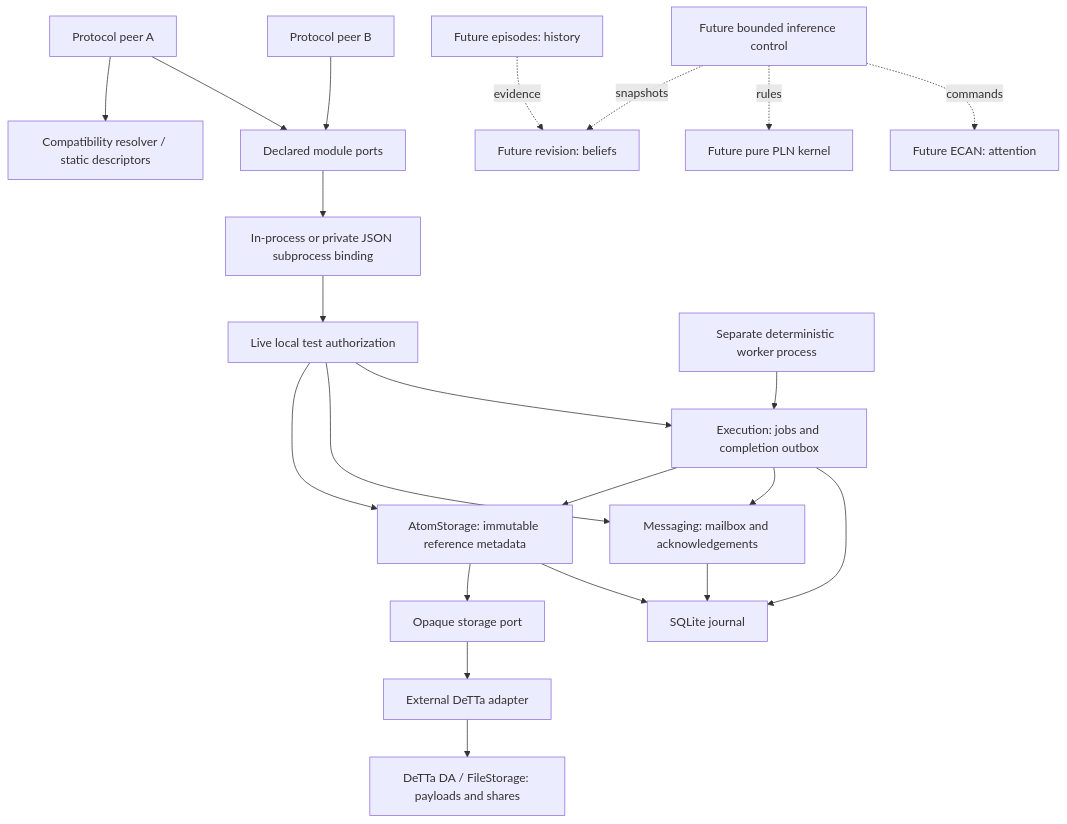
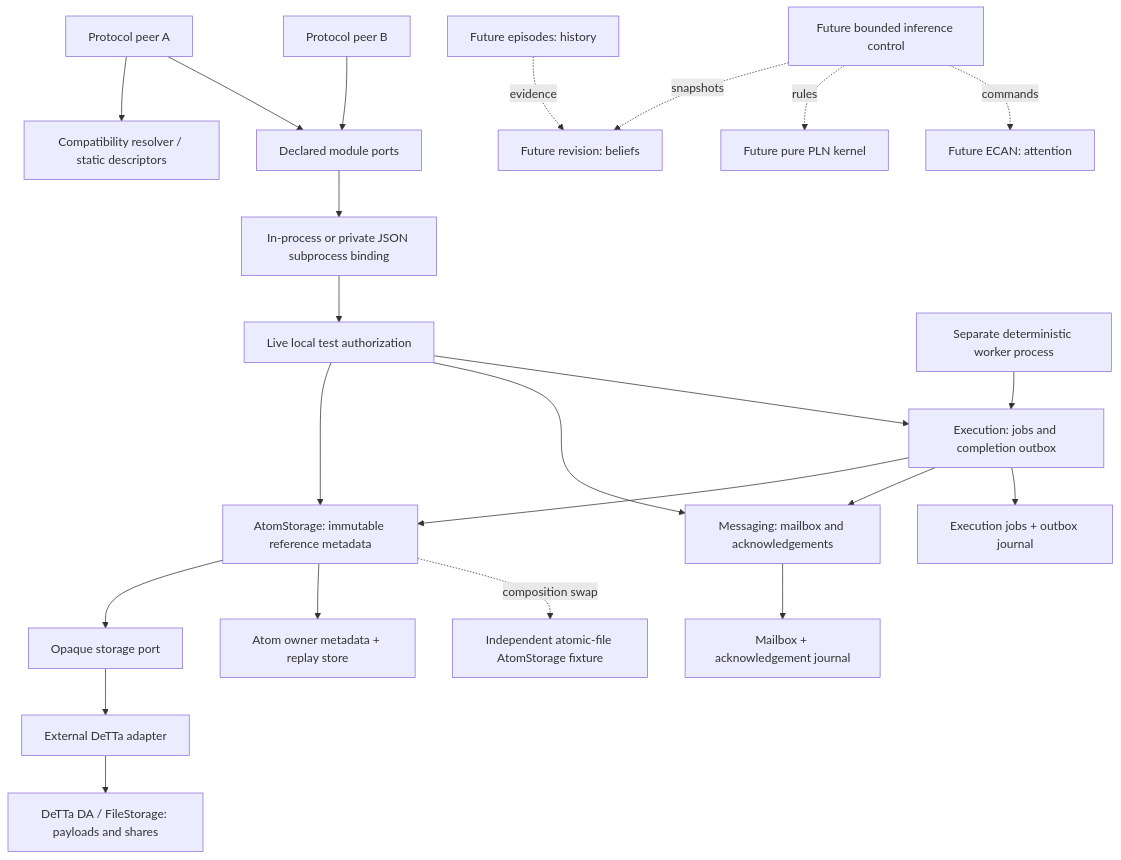
The diagram in docs/module-interfaces/architecture.md (machieke/fusion-module-interfaces), drawn with Mermaid before and after one commit. The commit also changed other lines of this file and 49 other files, not shown here.

````diff
--- a/docs/module-interfaces/architecture.md
+++ b/docs/module-interfaces/architecture.md
@@ -7,24 +7,25 @@
 ```mermaid
 flowchart TD
   A[Protocol peer A] --> R[Compatibility resolver / static descriptors]
   B[Protocol peer B] --> P[Declared module ports]
   A --> P
   P --> T[In-process or private JSON subprocess binding]
   T --> AUTH[Live local test authorization]
   AUTH --> AT[AtomStorage: immutable reference metadata]
   AUTH --> MSG[Messaging: mailbox and acknowledgements]
   AUTH --> EX[Execution: jobs and completion outbox]
   W[Separate deterministic worker process] --> EX
   EX --> AT
   EX --> MSG
   AT --> DA[Opaque storage port]
   DA --> AD[External DeTTa adapter]
   AD --> FS[DeTTa DA / FileStorage: payloads and shares]
-  AT --> SQL[SQLite journal]
-  MSG --> SQL
-  EX --> SQL
+  AT --> AS[Atom owner metadata + replay store]
+  MSG --> MS[Mailbox + acknowledgement journal]
+  EX --> ES[Execution jobs + outbox journal]
+  AT -. composition swap .-> AF[Independent atomic-file AtomStorage fixture]
   EP[Future episodes: history] -. evidence .-> BR[Future revision: beliefs]
   IC[Future bounded inference control] -. snapshots .-> BR
   IC -. rules .-> PLN[Future pure PLN kernel]
   IC -. commands .-> EC[Future ECAN: attention]
 ```
````
